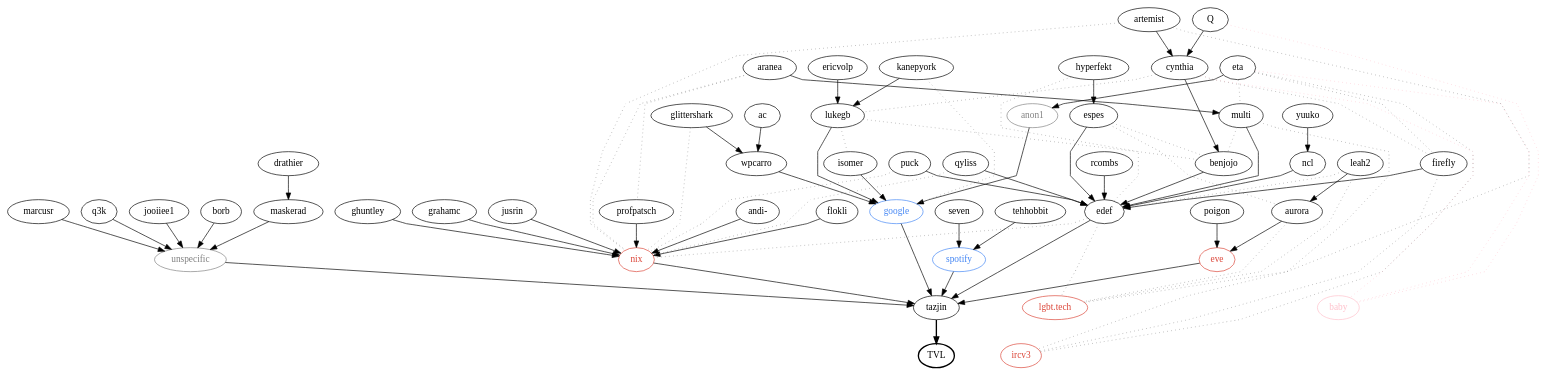
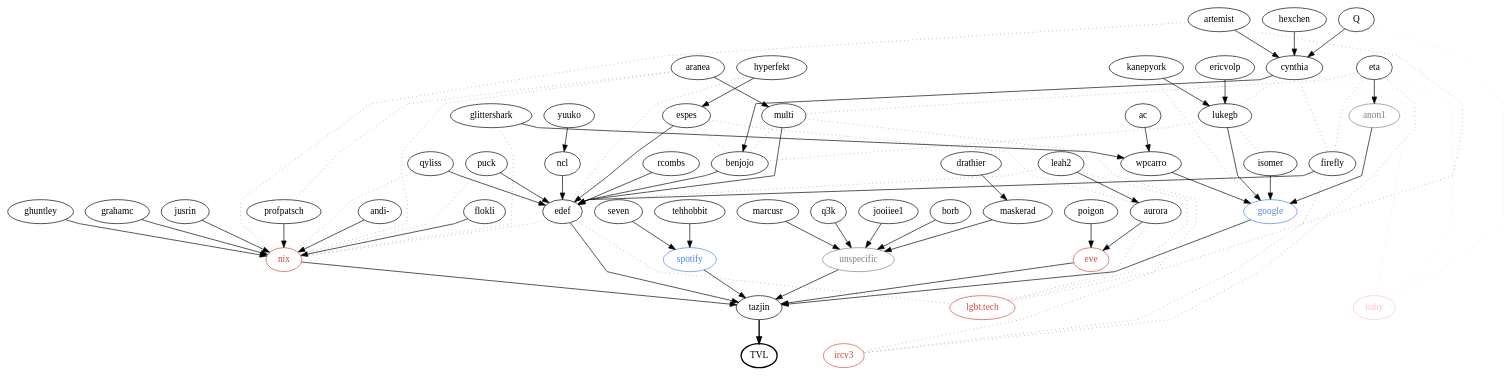
Before and after one commit to thkoch2001/tvlfyi_depot: the diagram in web/tvl/tvl.dot, drawn with Graphviz.

Commit message:
feat(web/tvl): Add hexchen to tvl.fyi graph

```diff
--- a/web/tvl/tvl.dot
+++ b/web/tvl/tvl.dot
@@ -1,160 +1,162 @@
 digraph tvl {
   node [fontname = "JetBrains Mono"];
   overlap = false;
   splines = polyline;
 
   TVL [style="bold"];
   tazjin -> TVL [style="bold"];
 
   // people
   Q [href="https://magicalcodewit.ch/"];
   ac [href="https://the-alex.github.io/about/"];
   andi [label="andi-" href="https://andreas.rammhold.de/"];
   anon1 [color="grey" fontcolor="grey"];
   aranea;
   artemist [href="https://artem.ist/"];
   aurora [href="https://nonegenderleftfox.aventine.se/"];
   benjojo [href="https://benjojo.co.uk/"];
   borb [href="https://twitter.com/FR31H31T"];
   cynthia [href="https://cynthia.re/"];
   drathier;
   edef [href="https://edef.eu/files/edef.hs"];
   ericvolp [href="https://ericv.me"];
   espes;
   eta [href="https://theta.eu.org/"];
   firefly [href="http://firefly.nu/"];
   flokli [href="https://flokli.de/"];
   ghuntley [href="https://ghuntley.com/"];
   glittershark [href="http://gws.fyi"];
   grahamc [href="https://grahamc.com/"];
   hyperfekt [href="https://hyperfekt.net"];
+  hexchen [href="https://hxchn.de"];
   isomer [href="https://www.lorier.net/"];
   jusrin [href="https://jusrin.dev/"];
   kanepyork [href="https://social.wxcafe.net/@riking"];
   leah2 [href="https://leahneukirchen.org/"];
   lukegb [href="https://lukegb.com/"];
   marcusr [href="http://marcus.nordaaker.com/"];
   maskerad [href="https://femalelegends.com/"];
   multi [href="https://1.0.168.192.in-addr.xyz/"];
   ncl;
   poigon;
   profpatsch [href="http://profpatsch.de/"];
   puck [href="https://puckipedia.com/"];
   q3k [href="https://q3k.org/"];
   qyliss [href="https://alyssa.is"];
   rcombs [href="http://rcombs.me/"];
   seven [href="https://open.spotify.com/user/so7"];
   tazjin [href="https://tazj.in/"];
   tehhobbit;
   wpcarro [href="https://wpcarro.dev/"];
   yuuko;
 
   // companies (blue)
   spotify [color="#4285f4" fontcolor="#4285f4" href="https://www.spotify.com/"];
   google [color="#4285f4" fontcolor="#4285f4" href="https://www.google.com/"];
 
   // communities? (red)
   eve [color="#DB4437" fontcolor="#DB4437" href="https://www.eveonline.com/"];
   nix [color="#DB4437" fontcolor="#DB4437" href="https://nixos.org/nix/"];
   ircv3 [color="#DB4437" fontcolor="#DB4437" href="https://ircv3.net/"];
   lgbtslack [label="lgbt.tech" color="#DB4437" fontcolor="#DB4437" href="https://lgbtq.technology/"];
   unspecific [color="grey" fontcolor="grey"];
   baby [color="pink" fontcolor="pink" href="https://cynthia.re/s/baby"];
 
   // primary edges (how did they end up in TVL?)
 
   // Direct edges
   nix -> tazjin;
   spotify -> tazjin;
   google -> tazjin;
   eve -> tazjin;
   unspecific -> tazjin;
   edef -> tazjin;
 
   // via nix
   jusrin -> nix;
   ghuntley -> nix;
   flokli -> nix;
   andi -> nix;
   grahamc -> nix;
   profpatsch -> nix;
 
   // via edef
   benjojo -> edef;
   espes -> edef;
   firefly -> edef;
   leah2 -> aurora;
   multi -> edef;
   ncl -> edef;
   puck -> edef;
   qyliss -> edef;
   rcombs -> edef;
 
   // via spotify
   tehhobbit -> spotify;
   seven -> spotify;
 
   // via google
   lukegb -> google;
   isomer -> google;
   wpcarro -> google;
 
   // random primary
   Q -> cynthia;
   ac -> wpcarro;
   anon1 -> google;
   aranea -> multi;
   artemist -> cynthia;
   aurora -> eve;
   borb -> unspecific;
   cynthia -> benjojo;
   drathier -> maskerad;
   eta -> anon1;
   ericvolp -> lukegb;
   glittershark -> wpcarro;
+  hexchen -> cynthia;
   jooiiee1 -> unspecific;
   kanepyork -> lukegb;
   marcusr -> unspecific;
   maskerad -> unspecific;
   poigon -> eve;
   q3k -> unspecific;
   yuuko -> ncl;
   hyperfekt -> espes;
 
   // secondary edges (how are they connected otherwise?)
 
   // lgbt slack
   aurora -> lgbtslack [weight=0 style="dotted" color="grey" arrowhead="none"];
   leah2 -> lgbtslack  [weight=0 style="dotted" color="grey" arrowhead="none"];
   edef -> lgbtslack  [weight=0 style="dotted" color="grey" arrowhead="none"];
   artemist -> lgbtslack  [weight=0 style="dotted" color="grey" arrowhead="none"];
 
   // ircv3
   multi -> ircv3  [weight=0 style="dotted" color="grey" arrowhead="none"];
   eta -> ircv3  [weight=0 style="dotted" color="grey" arrowhead="none"];
   firefly -> ircv3  [weight=0 style="dotted" color="grey" arrowhead="none"];
 
   // random
   leah2 -> edef  [weight=0 style="dotted" color="grey" arrowhead="none"];
   lukegb -> isomer  [weight=0 style="dotted" color="grey" arrowhead="none"];
   eta -> multi  [weight=0 style="dotted" color="grey" arrowhead="none"];
   eta -> firefly  [weight=0 style="dotted" color="grey" arrowhead="none"];
   cynthia -> firefly [weight=0 style="dotted" color="grey" arrowhead="none"];
   cynthia -> lukegb [weight=0 style="dotted" color="grey" arrowhead="none"];
   kanepyork -> google [weight=0 style="dotted" color="grey" arrowhead="none"];
   lukegb -> benjojo [weight=0 style="dotted" color="grey" arrowhead="none"];
   multi -> benjojo [weight=0 style="dotted" color="grey" arrowhead="none"];
   espes -> benjojo [weight=0 style="dotted" color="grey" arrowhead="none"];
   espes -> aurora [weight=0 style="dotted" color="grey" arrowhead="none"];
   puck -> nix [weight=0 style="dotted" color="grey" arrowhead="none"];
   qyliss -> nix [weight=0 style="dotted" color="grey" arrowhead="none"];
   glittershark -> nix [weight=0 style="dotted" color="grey" arrowhead="none"];
   edef -> nix [weight=0 style="dotted" color="grey" arrowhead="none"];
   cynthia -> baby [weight=0 style="dotted" arrowhead="none" color="pink"];
   eta -> baby [weight=0 style="dotted" arrowhead="none" color="pink"];
   Q -> baby [weight=0 style="dotted" arrowhead="none" color="pink"];
   aranea -> nix [weight=0 style="dotted" color="grey" arrowhead="none"];
   aranea -> profpatsch [weight=0 style="dotted" color="grey" arrowhead="none"];
   artemist -> nix [weight=0 style="dotted" color="grey" arrowhead="none"];
   hyperfekt -> edef [weight=0 style="dotted" color="grey" arrowhead="none"];
 }
```
